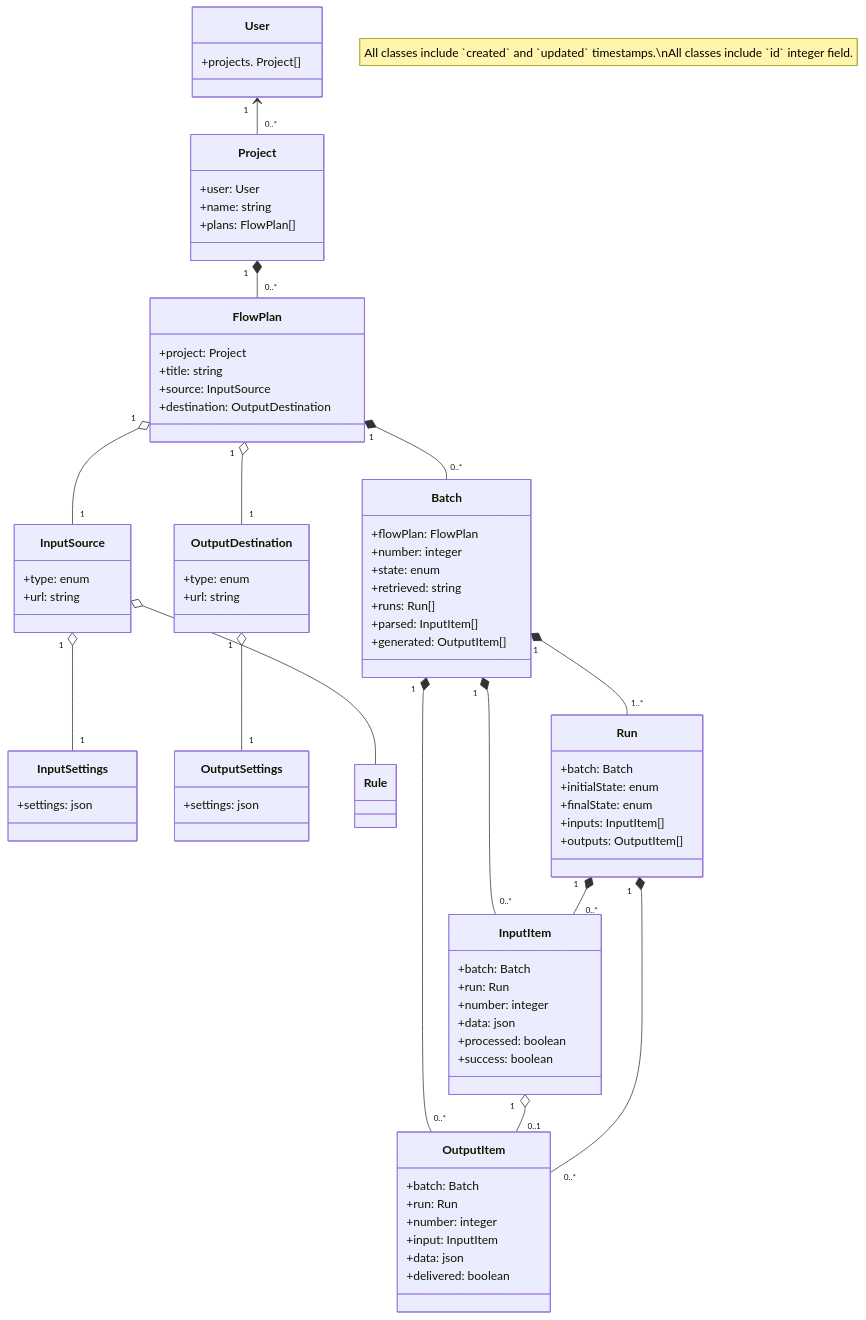
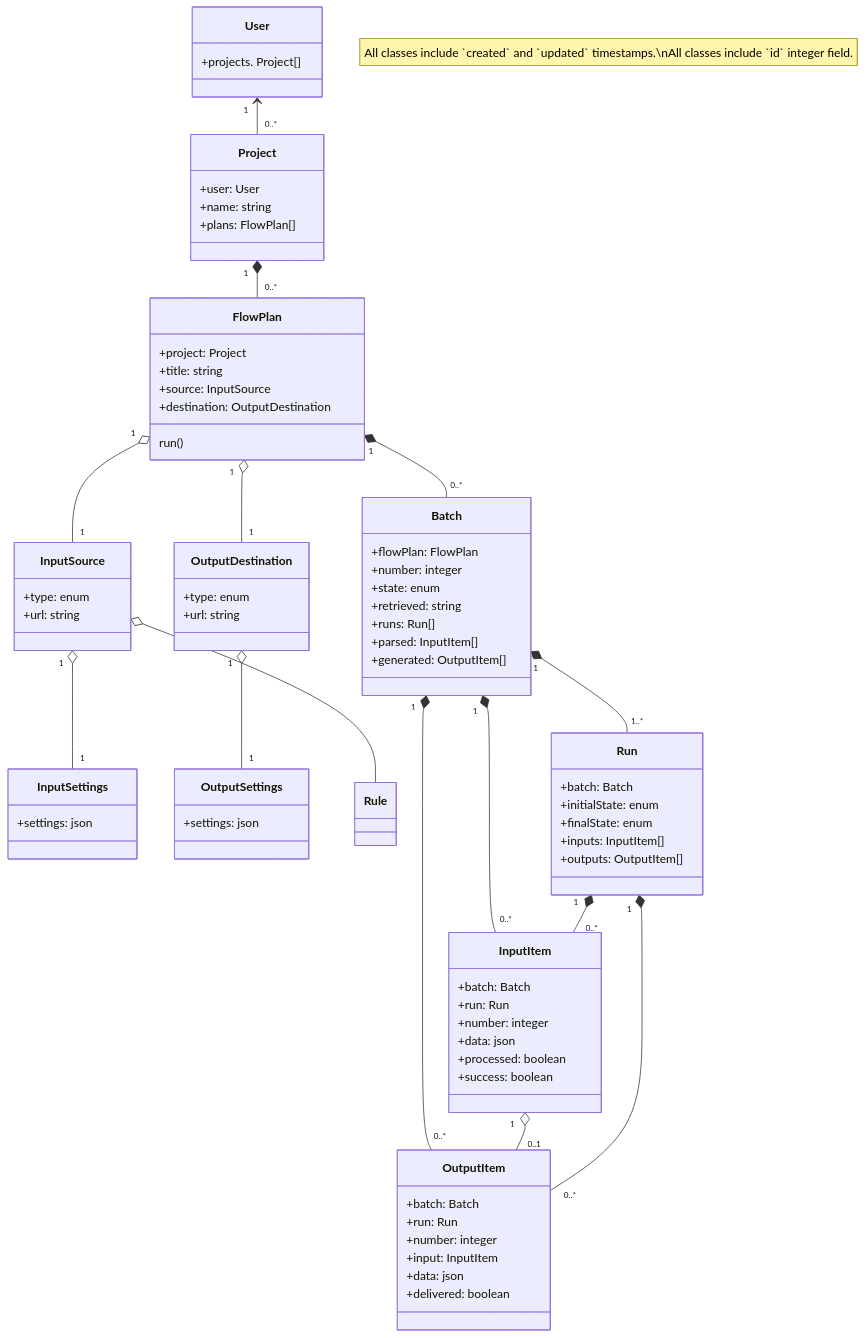
Before and after one commit to dataplugoy/tasenor-data-exchange: the diagram in docs/docs/guides/uml.mdx, drawn with Mermaid. The commit also changed 5 other files, not shown here.

```diff
--- a/docs/docs/guides/uml.mdx
+++ b/docs/docs/guides/uml.mdx
@@ -27,6 +27,8 @@
       +title: string
       +source: InputSource
       +destination: OutputDestination
+
+      run()
     }
     Project "1" *-- "0..*" FlowPlan
 
```
